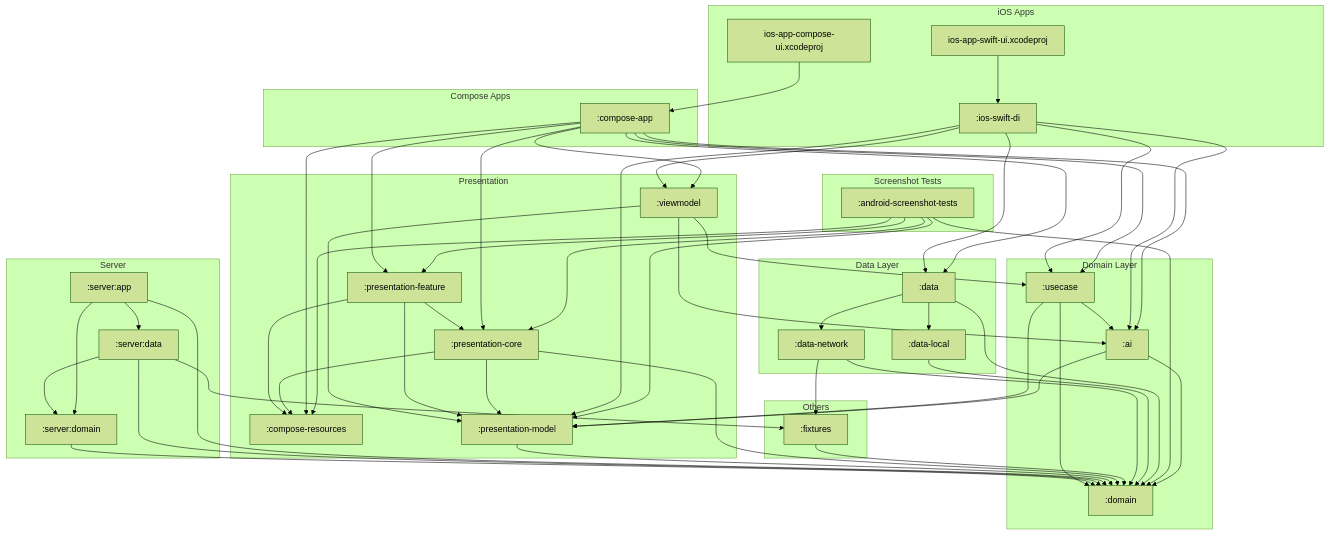
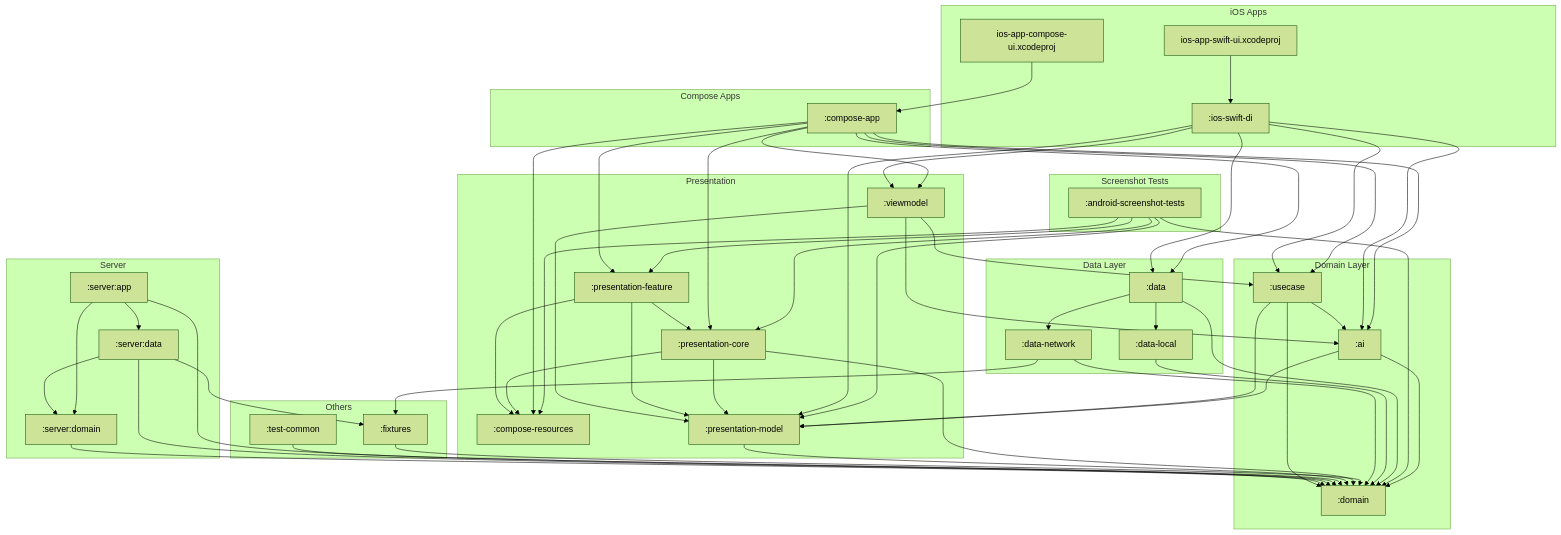
One commit to cartland/battery-butler changed the diagram in docs/diagrams/full_system_structure.mmd. Above: the diagram before and after it, drawn with Mermaid (forest theme). The commit also changed 4 other files, not shown here.

Commit message:
docs: Auto-update architecture diagrams

```diff
--- a/docs/diagrams/full_system_structure.mmd
+++ b/docs/diagrams/full_system_structure.mmd
@@ -1,111 +1,114 @@
 graph TD
     subgraph "iOS Apps"
         IosSwiftDi[":ios-swift-di"]
         IosAppComposeUi.xcodeproj["ios-app-compose-ui.xcodeproj"]
         IosAppSwiftUi.xcodeproj["ios-app-swift-ui.xcodeproj"]
     end
 
     subgraph "Compose Apps"
         ComposeApp[":compose-app"]
     end
 
     subgraph "Server"
         ServerApp[":server:app"]
         ServerData[":server:data"]
         ServerDomain[":server:domain"]
     end
 
     subgraph "Presentation"
         ComposeResources[":compose-resources"]
         PresentationCore[":presentation-core"]
         PresentationFeature[":presentation-feature"]
         PresentationModel[":presentation-model"]
         Viewmodel[":viewmodel"]
     end
 
     subgraph "Domain Layer"
         Ai[":ai"]
         Domain[":domain"]
         Usecase[":usecase"]
     end
 
     subgraph "Data Layer"
         Data[":data"]
         DataLocal[":data-local"]
         DataNetwork[":data-network"]
     end
 
     subgraph "Screenshot Tests"
         AndroidScreenshotTests[":android-screenshot-tests"]
     end
 
     subgraph "Others"
         Fixtures[":fixtures"]
+        TestCommon[":test-common"]
     end
 
     %% Dependencies
     Ai --> Domain
     Ai --> PresentationModel
 
     AndroidScreenshotTests --> ComposeResources
     AndroidScreenshotTests --> Domain
     AndroidScreenshotTests --> PresentationCore
     AndroidScreenshotTests --> PresentationFeature
     AndroidScreenshotTests --> PresentationModel
 
     ComposeApp --> Ai
     ComposeApp --> ComposeResources
     ComposeApp --> Data
     ComposeApp --> PresentationCore
     ComposeApp --> PresentationFeature
     ComposeApp --> Usecase
     ComposeApp --> Viewmodel
 
     Data --> DataLocal
     Data --> DataNetwork
     Data --> Domain
 
     DataLocal --> Domain
 
     DataNetwork --> Domain
     DataNetwork --> Fixtures
 
     Fixtures --> Domain
 
     IosSwiftDi --> Ai
     IosSwiftDi --> Data
     IosSwiftDi --> PresentationModel
     IosSwiftDi --> Usecase
     IosSwiftDi --> Viewmodel
 
     PresentationCore --> ComposeResources
     PresentationCore --> Domain
     PresentationCore --> PresentationModel
 
     PresentationFeature --> ComposeResources
     PresentationFeature --> PresentationCore
     PresentationFeature --> PresentationModel
 
     PresentationModel --> Domain
 
     ServerApp --> Domain
     ServerApp --> ServerData
     ServerApp --> ServerDomain
 
     ServerData --> Domain
     ServerData --> Fixtures
     ServerData --> ServerDomain
 
     ServerDomain --> Domain
 
+    TestCommon --> Domain
+
     Usecase --> Ai
     Usecase --> Domain
     Usecase --> PresentationModel
 
     Viewmodel --> Ai
     Viewmodel --> PresentationModel
     Viewmodel --> Usecase
 
     IosAppComposeUi.xcodeproj --> ComposeApp
 
     IosAppSwiftUi.xcodeproj --> IosSwiftDi
```
